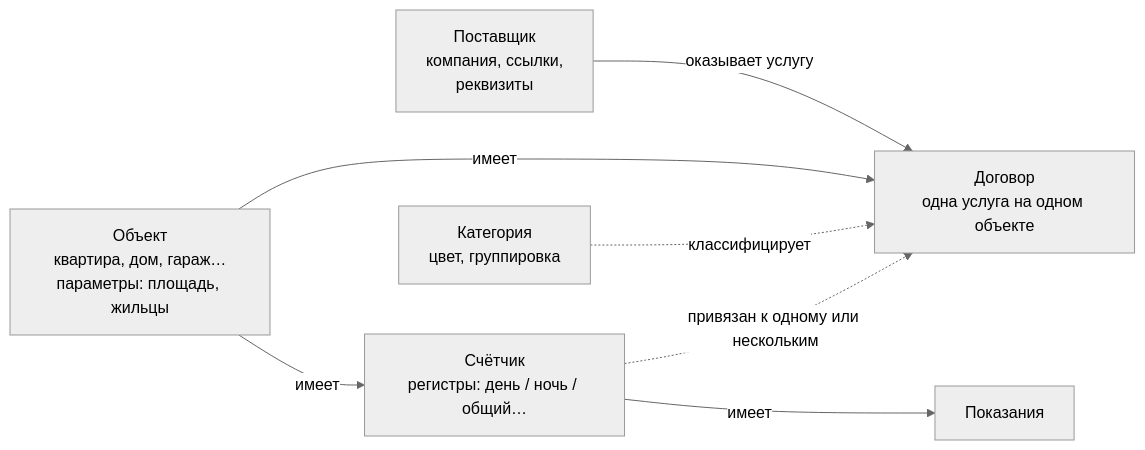
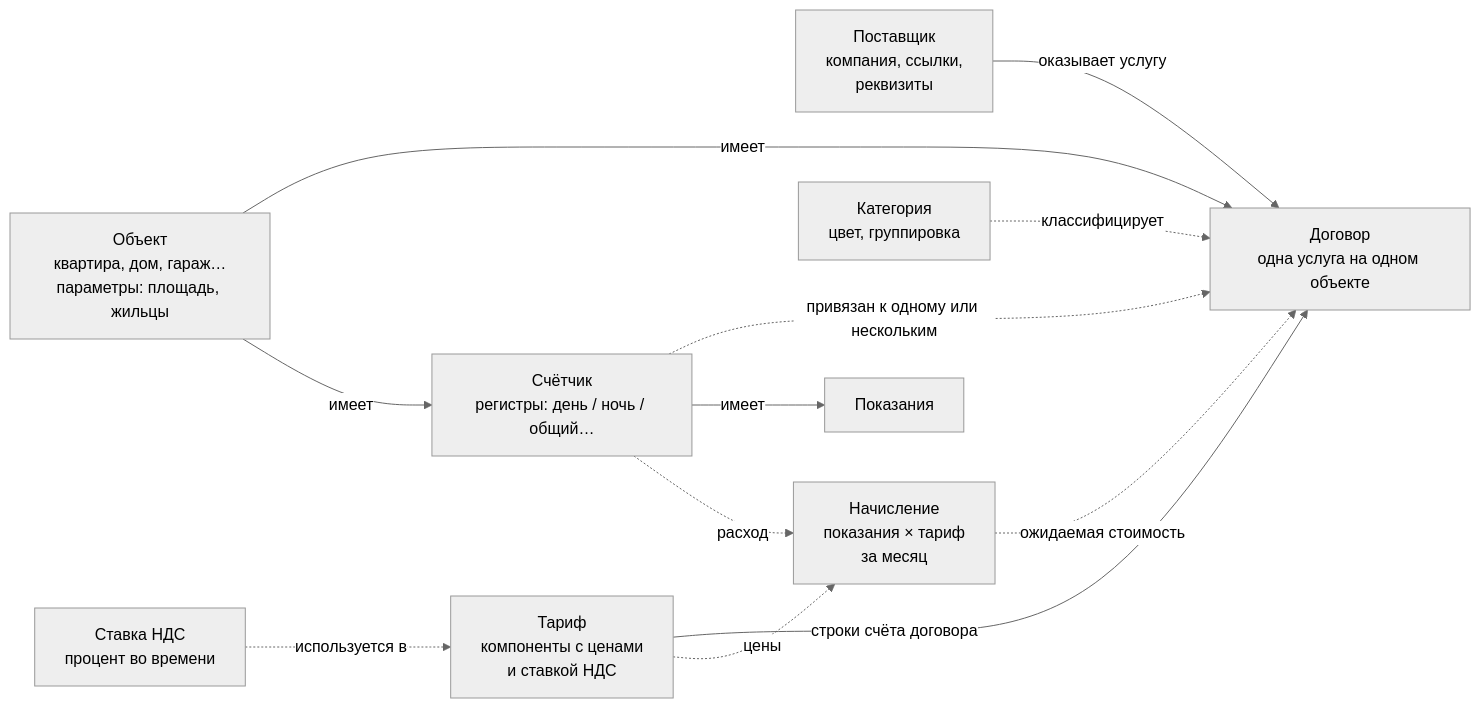
Before and after one commit to gromichek/HomeUtilities: the diagram in docs/user-guide/img/relations.ru.mmd, drawn with Mermaid (neutral theme). The commit also changed 35 other files, not shown here.

```diff
--- a/docs/user-guide/img/relations.ru.mmd
+++ b/docs/user-guide/img/relations.ru.mmd
@@ -1,7 +1,13 @@
 flowchart LR
     S[Поставщик<br/>компания, ссылки,<br/>реквизиты] -->|оказывает услугу| C
     P[Объект<br/>квартира, дом, гараж…<br/>параметры: площадь, жильцы] -->|имеет| C[Договор<br/>одна услуга на одном объекте]
     P -->|имеет| M[Счётчик<br/>регистры: день / ночь / общий…]
     M -.->|привязан к одному или нескольким| C
     M -->|имеет| R[Показания]
     K[Категория<br/>цвет, группировка] -.->|классифицирует| C
+    T[Тариф<br/>компоненты с ценами<br/>и ставкой НДС] -->|строки счёта договора| C
+    V[Ставка НДС<br/>процент во времени] -.->|используется в| T
+    M -.->|расход| X
+    T -.->|цены| X
+    X[Начисление<br/>показания × тариф<br/>за месяц]
+    X -.->|ожидаемая стоимость| C
```
